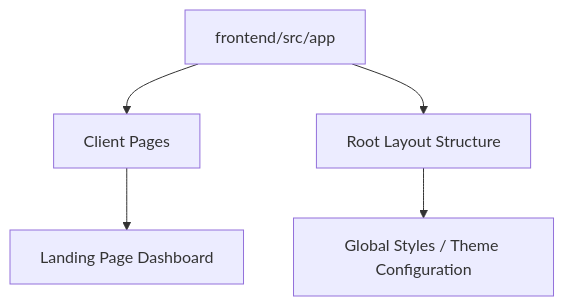
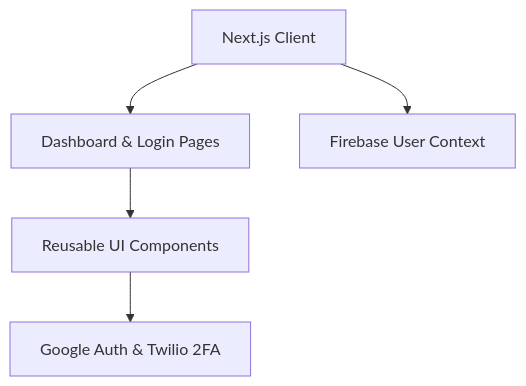
One commit to creatingMYworld/post-quantum-blockchain-phr-security changed the diagram in docs/1_Architecture_Proof.md. Above: the diagram before and after it, drawn with Mermaid. The commit also changed other lines of this file and 2 other files, not shown here.

Commit message:
docs: finalize architecture proof, srs report, and system flow rubrics

````diff
--- a/docs/1_Architecture_Proof.md
+++ b/docs/1_Architecture_Proof.md
@@ -14,7 +12,7 @@
 ```mermaid
 graph TD;
-    FrontendRoot[frontend/src/app] --> ClientPages[Client Pages];
-    FrontendRoot --> Layout[Root Layout Structure];
-    ClientPages --> Page[Landing Page Dashboard];
-    Layout --> Globals[Global Styles / Theme Configuration];
+    Client[Next.js Client] --> Pages[Dashboard & Login Pages];
+    Client --> Context[Firebase User Context];
+    Pages --> Components[Reusable UI Components];
+    Components --> Auth[Google Auth & Twilio 2FA];
 ```
````
